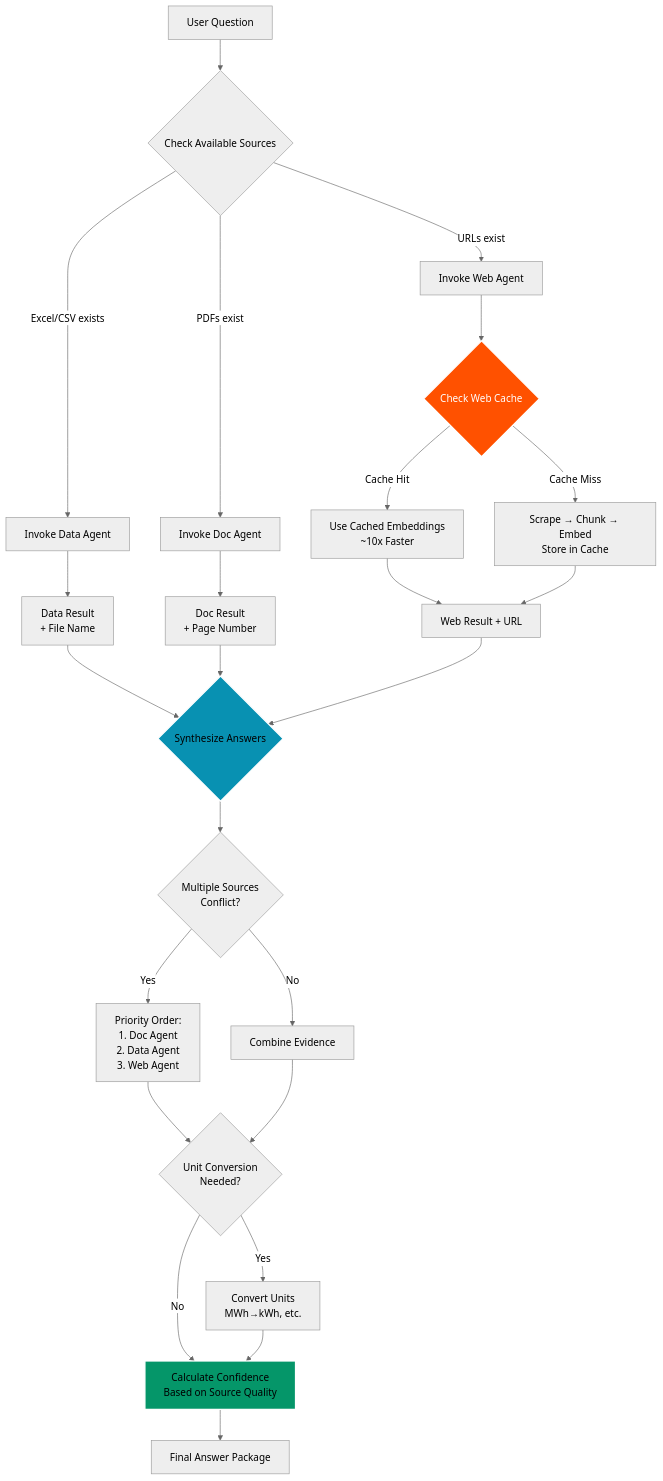
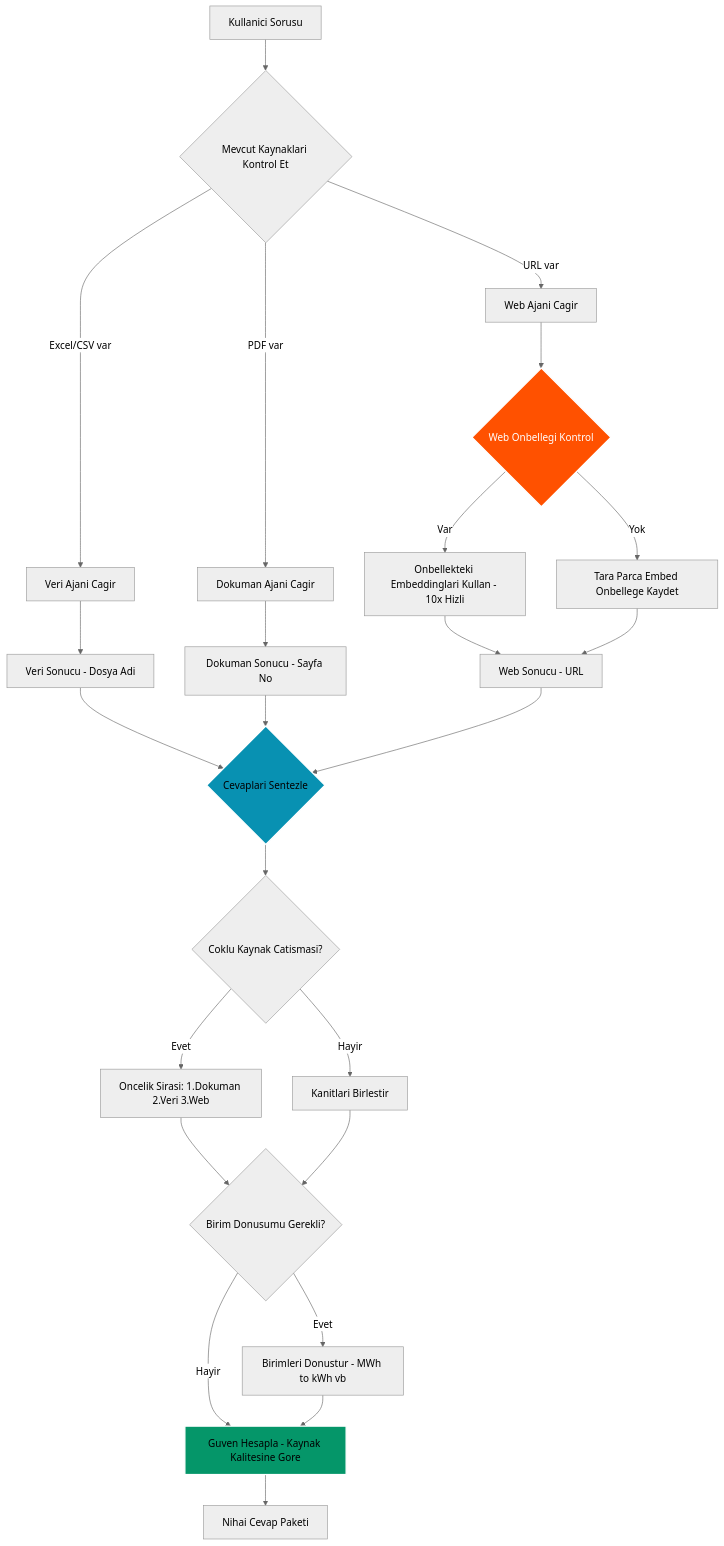
One commit to fillopisyu/KKB-Project changed the fourth of 8 diagrams in README.md. Above: the diagram before and after it, drawn with Mermaid (neutral theme). The commit also changed other lines of this file, not shown here.

First line of the commit message:
docs: Translate README to Turkish and fix Mermaid syntax errors

````diff
--- a/README.md
+++ b/README.md
@@ -289,40 +289,40 @@
 ```mermaid
 flowchart TD
-    Q[User Question] --> CHECK{Check Available Sources}
+    Q[Kullanici Sorusu] --> CHECK{Mevcut Kaynaklari Kontrol Et}
     
-    CHECK -->|Excel/CSV exists| DATA_CALL[Invoke Data Agent]
-    CHECK -->|PDFs exist| DOC_CALL[Invoke Doc Agent]
-    CHECK -->|URLs exist| WEB_CALL[Invoke Web Agent]
+    CHECK -->|Excel/CSV var| DATA_CALL[Veri Ajani Cagir]
+    CHECK -->|PDF var| DOC_CALL[Dokuman Ajani Cagir]
+    CHECK -->|URL var| WEB_CALL[Web Ajani Cagir]
     
-    DATA_CALL --> DATA_RESULT[Data Result<br/>+ File Name]
-    DOC_CALL --> DOC_RESULT[Doc Result<br/>+ Page Number]
-    WEB_CALL --> CACHE_CHECK{Check Web Cache}
+    DATA_CALL --> DATA_RESULT[Veri Sonucu - Dosya Adi]
+    DOC_CALL --> DOC_RESULT[Dokuman Sonucu - Sayfa No]
+    WEB_CALL --> CACHE_CHECK{Web Onbellegi Kontrol}
     
-    CACHE_CHECK -->|Cache Hit| FAST_SEARCH[Use Cached Embeddings<br/>~10x Faster]
-    CACHE_CHECK -->|Cache Miss| SCRAPE[Scrape → Chunk → Embed<br/>Store in Cache]
+    CACHE_CHECK -->|Var| FAST_SEARCH[Onbellekteki Embeddinglari Kullan - 10x Hizli]
+    CACHE_CHECK -->|Yok| SCRAPE[Tara Parca Embed Onbellege Kaydet]
     
-    FAST_SEARCH --> WEB_RESULT[Web Result + URL]
+    FAST_SEARCH --> WEB_RESULT[Web Sonucu - URL]
     SCRAPE --> WEB_RESULT
     
-    DATA_RESULT --> MERGE{Synthesize Answers}
+    DATA_RESULT --> MERGE{Cevaplari Sentezle}
     DOC_RESULT --> MERGE
     WEB_RESULT --> MERGE
     
-    MERGE --> CONFLICT{Multiple Sources<br/>Conflict?}
+    MERGE --> CONFLICT{Coklu Kaynak Catismasi?}
     
-    CONFLICT -->|Yes| PRIORITY[Priority Order:<br/>1. Doc Agent<br/>2. Data Agent<br/>3. Web Agent]
-    CONFLICT -->|No| COMBINE[Combine Evidence]
+    CONFLICT -->|Evet| PRIORITY[Oncelik Sirasi: 1.Dokuman 2.Veri 3.Web]
+    CONFLICT -->|Hayir| COMBINE[Kanitlari Birlestir]
     
-    PRIORITY --> UNIT{Unit Conversion<br/>Needed?}
+    PRIORITY --> UNIT{Birim Donusumu Gerekli?}
     COMBINE --> UNIT
     
-    UNIT -->|Yes| CONVERT[Convert Units<br/>MWh→kWh, etc.]
-    UNIT -->|No| CONFIDENCE[Calculate Confidence<br/>Based on Source Quality]
+    UNIT -->|Evet| CONVERT[Birimleri Donustur - MWh to kWh vb]
+    UNIT -->|Hayir| CONFIDENCE[Guven Hesapla - Kaynak Kalitesine Gore]
     
     CONVERT --> CONFIDENCE
-    CONFIDENCE --> FINAL[Final Answer Package]
+    CONFIDENCE --> FINAL[Nihai Cevap Paketi]
     
     style CACHE_CHECK fill:#FF5100,stroke:#fff,stroke-width:2px,color:#fff
     style MERGE fill:#0891b2,stroke:#fff,stroke-width:2px
     style CONFIDENCE fill:#059669,stroke:#fff,stroke-width:2px
 ```
````
